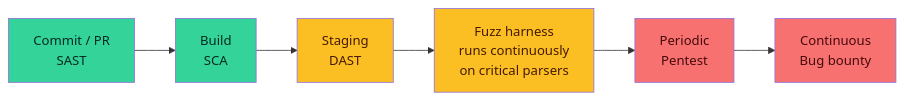
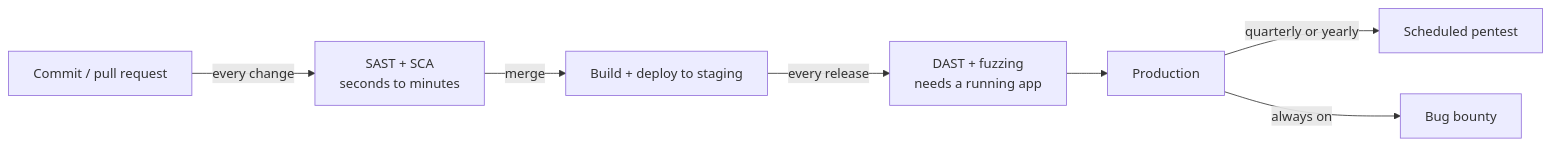
Before and after one commit to francoandreDev/knowledge: the diagram in src/content/security/security-testing/L2-concept.mdx, drawn with Mermaid. The commit also changed other lines of this file and 3 other files, not shown here.

````diff
--- a/src/content/security/security-testing/L2-concept.mdx
+++ b/src/content/security/security-testing/L2-concept.mdx
@@ -30,15 +68,9 @@
 ```mermaid
 flowchart LR
-    A["Commit / PR<br/>SAST"] --> B["Build<br/>SCA"]
-    B --> C["Staging<br/>DAST"]
-    C --> D["Fuzz harness<br/>runs continuously<br/>on critical parsers"]
-    D --> E["Periodic<br/>Pentest"]
-    E --> F["Continuous<br/>Bug bounty"]
-
-    style A fill:#34d399,color:#022c22
-    style B fill:#34d399,color:#022c22
-    style C fill:#fbbf24,color:#451a03
-    style D fill:#fbbf24,color:#451a03
-    style E fill:#f87171,color:#450a0a
-    style F fill:#f87171,color:#450a0a
+    A["Commit / pull request"] -->|"every change"| B["SAST + SCA<br/>seconds to minutes"]
+    B -->|"merge"| C["Build + deploy to staging"]
+    C -->|"every release"| D["DAST + fuzzing<br/>needs a running app"]
+    D --> E["Production"]
+    E -->|"quarterly or yearly"| F["Scheduled pentest"]
+    E -->|"always on"| G["Bug bounty"]
 ```
````
